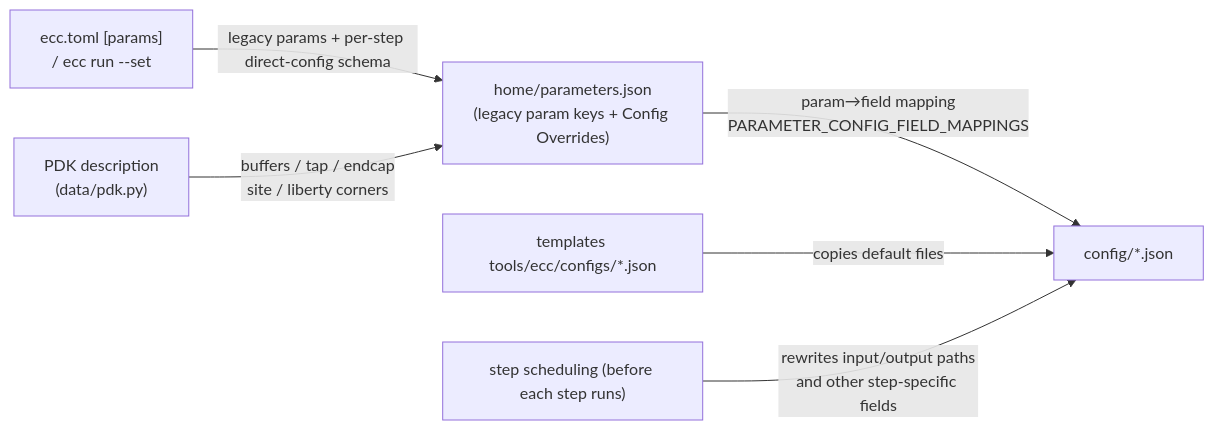
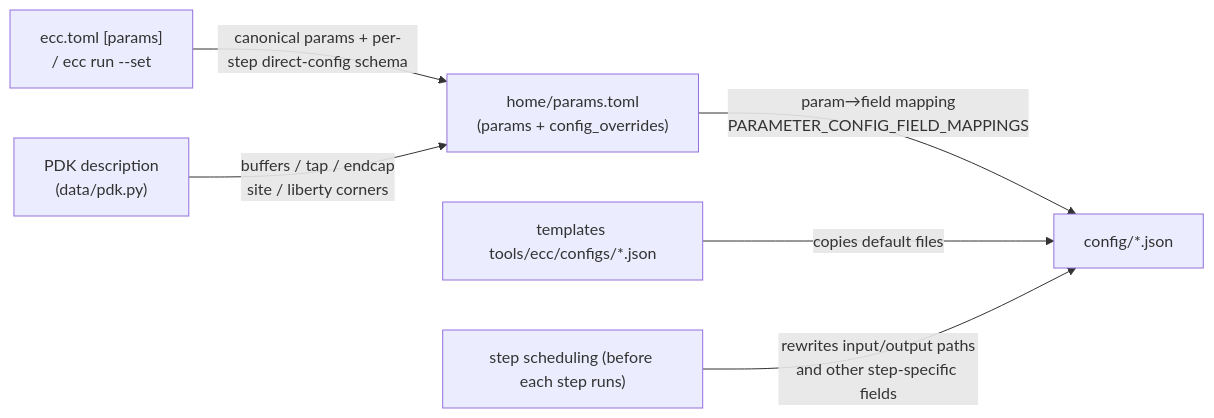
Before and after one commit to openecos-projects/ecc: the diagram in docs/ecc-cli-config.en.md, drawn with Mermaid. The commit also changed other lines of this file and 16 other files, not shown here.

````diff
--- a/docs/ecc-cli-config.en.md
+++ b/docs/ecc-cli-config.en.md
@@ -41,8 +41,8 @@
 ```mermaid
 graph LR
-    A["ecc.toml [params]<br/>/ ecc run --set"] -->|"legacy params + per-step direct-config schema"| B["home/parameters.json<br/>(legacy param keys + Config Overrides)"]
+    A["ecc.toml [params]<br/>/ ecc run --set"] -->|"canonical params + per-step direct-config schema"| B["home/params.toml<br/>(params + config_overrides)"]
     C["PDK description<br/>(data/pdk.py)"] -->|"buffers / tap / endcap<br/>site / liberty corners"| B
     B -->|"param→field mapping<br/>PARAMETER_CONFIG_FIELD_MAPPINGS"| D["config/*.json"]
     E["templates tools/ecc/configs/*.json"] -->|copies default files| D
     F["step scheduling (before each step runs)"] -->|"rewrites input/output paths<br/>and other step-specific fields"| D
 ```
````
